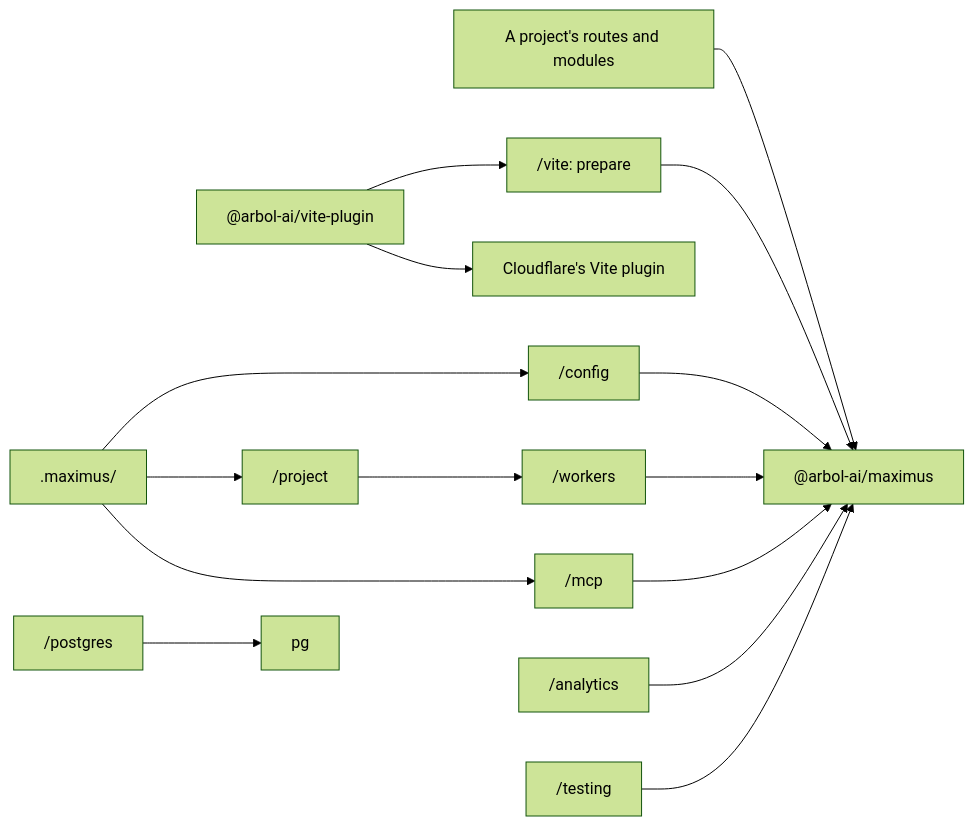
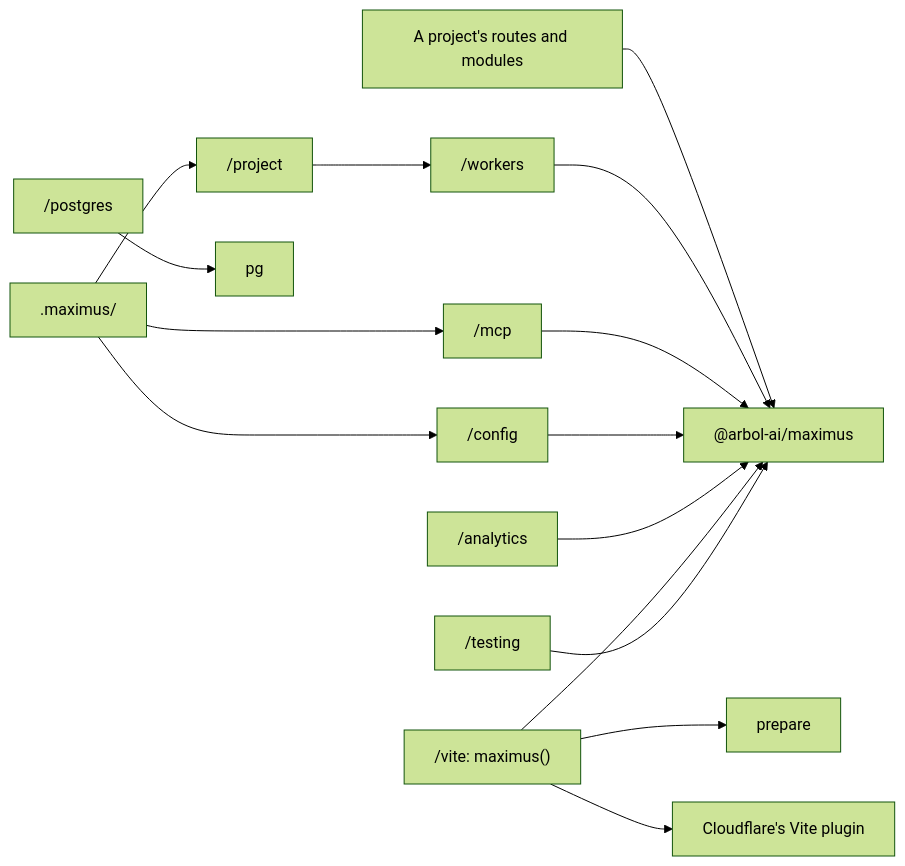
Before and after one commit to getarbol/maximus: the diagram in docs/architecture.md, drawn with Mermaid (forest theme). The commit also changed other lines of this file and 74 other files, not shown here.

First line of the commit message:
Make the Vite plugin the /vite entry of @arbol-ai/maximus

````diff
--- a/docs/architecture.md
+++ b/docs/architecture.md
@@ -38,17 +37,17 @@
 ```mermaid
 flowchart LR
   Project["A project's routes and modules"] --> Core["@arbol-ai/maximus"]
-  Plugin["@arbol-ai/vite-plugin"] --> Vite["/vite: prepare"]
-  Plugin --> Cloudflare["Cloudflare's Vite plugin"]
+  Vite["/vite: maximus()"] --> Prepare["prepare"]
+  Vite --> Cloudflare["Cloudflare's Vite plugin"]
   Generated[".maximus/"] --> Config["/config"]
   Generated --> ProjectEntry["/project"]
   Generated --> MCP["/mcp"]
   ProjectEntry --> Workers["/workers"]
   Workers --> Core
   MCP --> Core
   Config --> Core
   Analytics["/analytics"] --> Core
   Vite --> Core
   Testing["/testing"] --> Core
   Postgres["/postgres"] --> PG["pg"]
 ```
````
